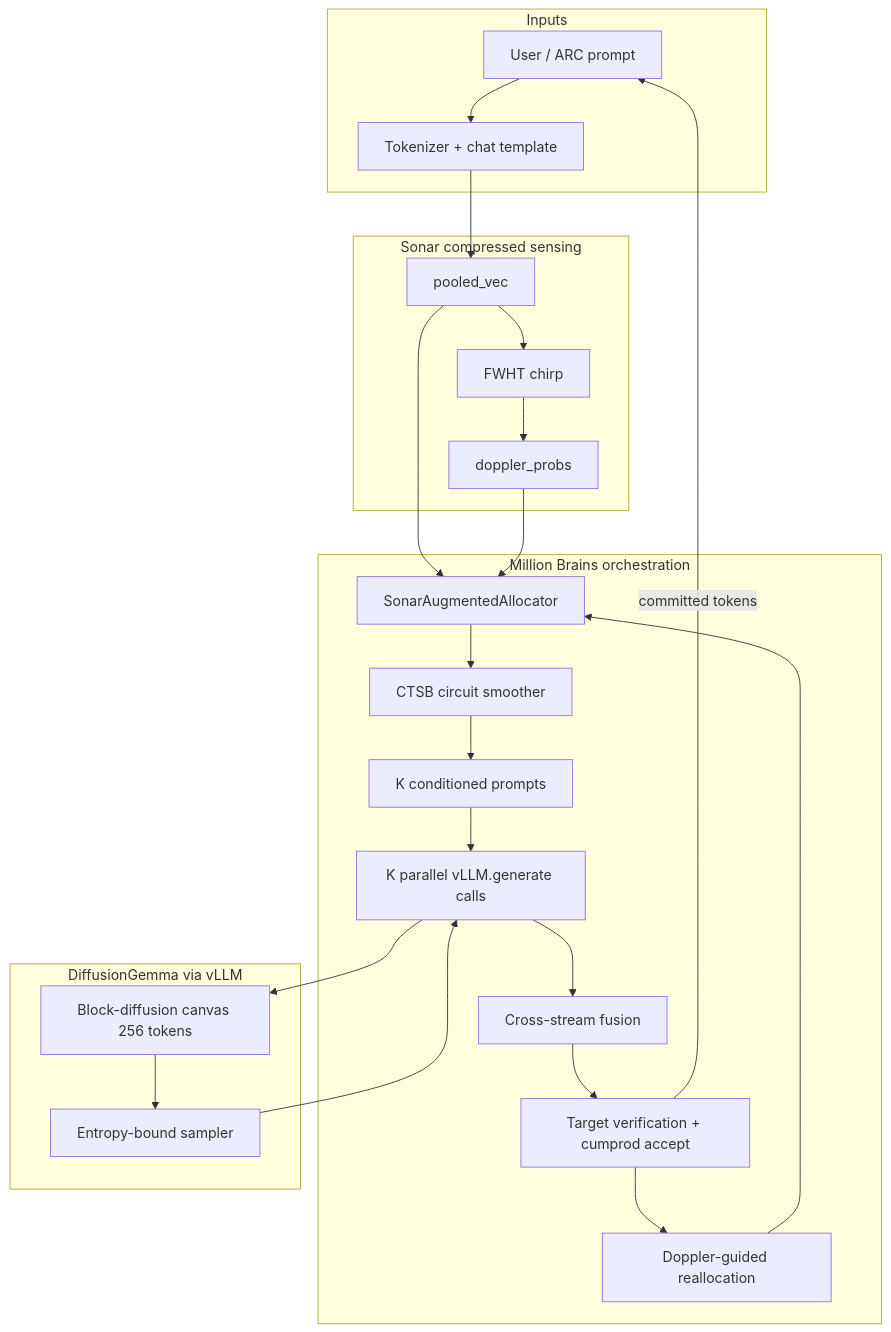
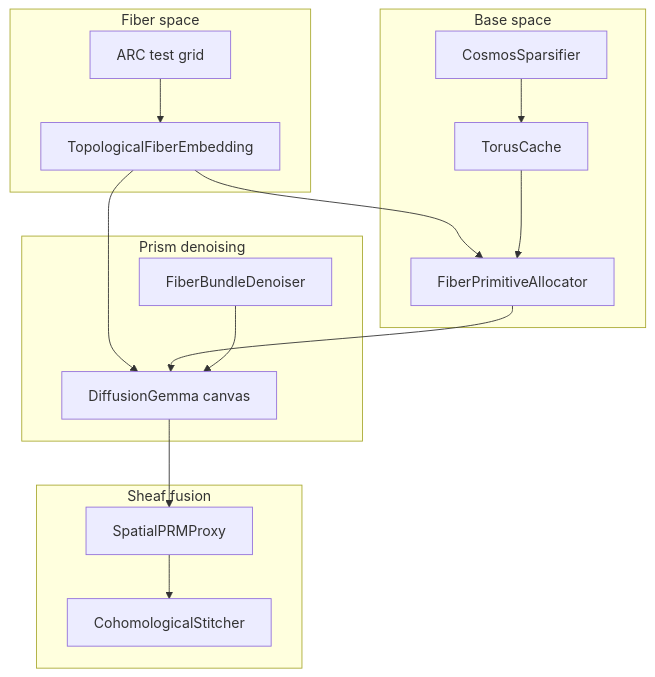
Before and after one commit to iblameandrew/one-million-brains-diffusion: the diagram in README.md, drawn with Mermaid. The commit also changed other lines of this file and 2 other files, not shown here.

First line of the commit message:
Rename sonar.py to tfbd.py and rewrite docs for TFBD architecture

````diff
--- a/README.md
+++ b/README.md
@@ -403,38 +104,31 @@
 ```mermaid
 flowchart TB
-    subgraph inputs [Inputs]
-        P[User / ARC prompt]
-        T[Tokenizer + chat template]
+    subgraph fiber [Fiber space]
+        G[ARC test grid]
+        TFE[TopologicalFiberEmbedding]
+        G --> TFE
     end
 
-    subgraph sonar [Sonar compressed sensing]
-        Pool[pooled_vec]
-        FWHT[FWHT chirp]
-        Dopp[doppler_probs]
+    subgraph base [Base space]
+        CS[CosmosSparsifier]
+        TC[TorusCache]
+        FPA[FiberPrimitiveAllocator]
     end
 
-    subgraph mbr [Million Brains orchestration]
-        A[SonarAugmentedAllocator]
-        C[CTSB circuit smoother]
-        CP[K conditioned prompts]
-        G[K parallel vLLM.generate calls]
-        F[Cross-stream fusion]
-        V[Target verification + cumprod accept]
-        R[Doppler-guided reallocation]
+    subgraph denoise [Prism denoising]
+        FBD[FiberBundleDenoiser]
+        DG[DiffusionGemma canvas]
     end
 
-    subgraph engine [DiffusionGemma via vLLM]
-        DG[Block-diffusion canvas 256 tokens]
-        EB[Entropy-bound sampler]
+    subgraph stitch [Sheaf fusion]
+        PRM[SpatialPRMProxy]
+        ST[CohomologicalStitcher]
     end
 
-    P --> T --> Pool
-    Pool --> FWHT --> Dopp
-    Pool --> A
-    Dopp --> A
-    A --> C --> CP --> G
-    G --> DG --> EB --> G
-    G --> F --> V
-    V -->|committed tokens| P
-    V --> R --> A
+    TFE --> FPA
+    TFE --> DG
+    CS --> TC --> FPA
+    FPA --> DG
+    FBD --> DG
+    DG --> PRM --> ST
 ```
````
